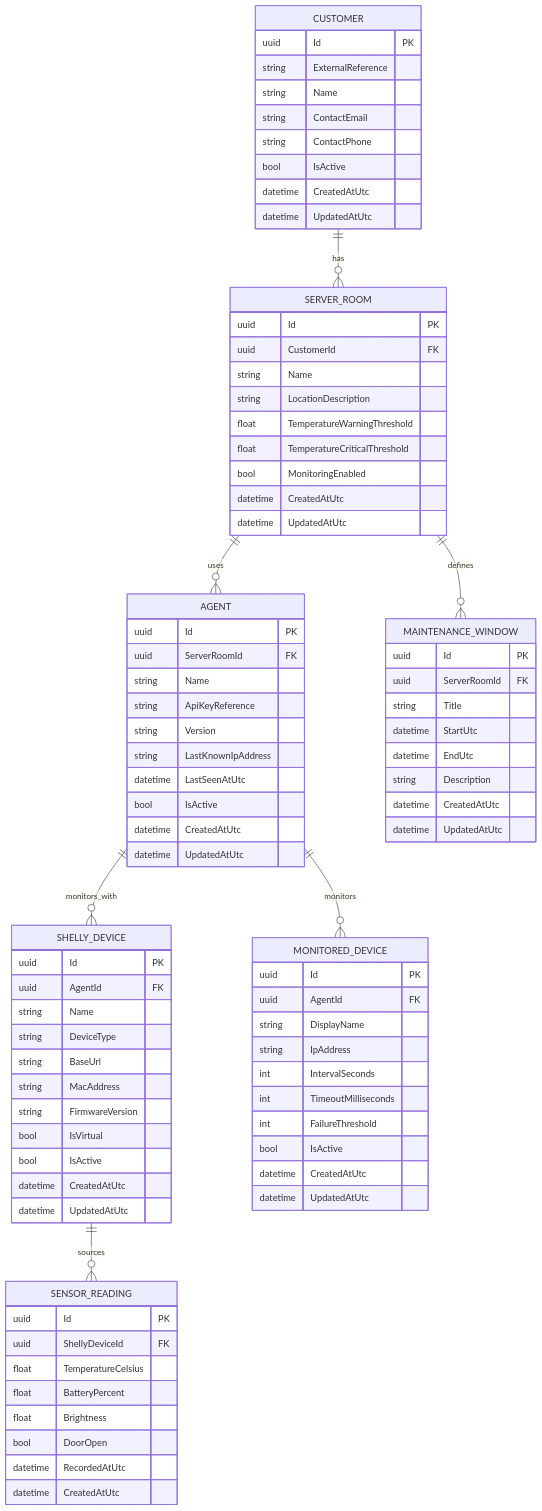
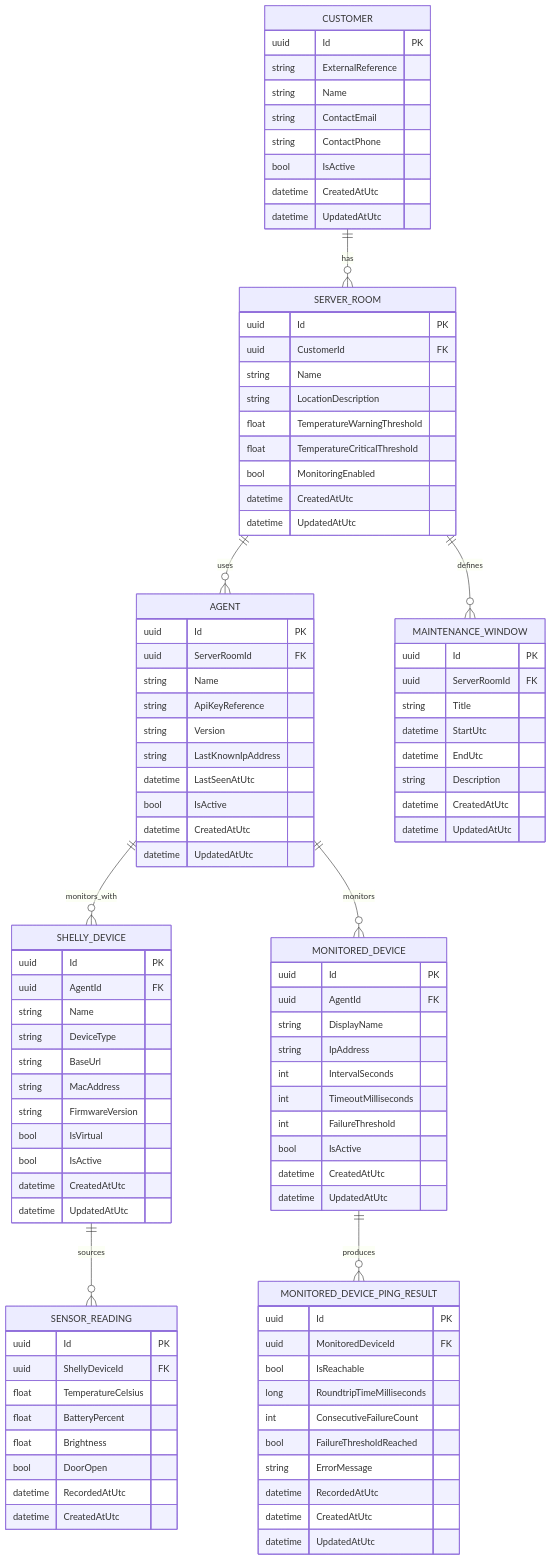
Before and after one commit to is231327/SRM: the diagram in TECHNICAL_DOCUMENTATION.md, drawn with Mermaid. The commit also changed other lines of this file and 23 other files, not shown here.

Commit message:
- Extend frontend: login, user management, sensor reading and device monitorin results - Fix logout on refresh error and hide pages behind login

```diff
--- a/TECHNICAL_DOCUMENTATION.md
+++ b/TECHNICAL_DOCUMENTATION.md
@@ -88,6 +219,7 @@
     SERVER_ROOM ||--o{ MAINTENANCE_WINDOW : defines
     AGENT ||--o{ SHELLY_DEVICE : monitors_with
     AGENT ||--o{ MONITORED_DEVICE : monitors
+    MONITORED_DEVICE ||--o{ MONITORED_DEVICE_PING_RESULT : produces
     SHELLY_DEVICE ||--o{ SENSOR_READING : sources
 
     CUSTOMER {
@@ -153,6 +285,19 @@
         datetime UpdatedAtUtc
     }
 
+    MONITORED_DEVICE_PING_RESULT {
+        uuid Id PK
+        uuid MonitoredDeviceId FK
+        bool IsReachable
+        long RoundtripTimeMilliseconds
+        int ConsecutiveFailureCount
+        bool FailureThresholdReached
+        string ErrorMessage
+        datetime RecordedAtUtc
+        datetime CreatedAtUtc
+        datetime UpdatedAtUtc
+    }
+
     MAINTENANCE_WINDOW {
         uuid Id PK
         uuid ServerRoomId FK
```
